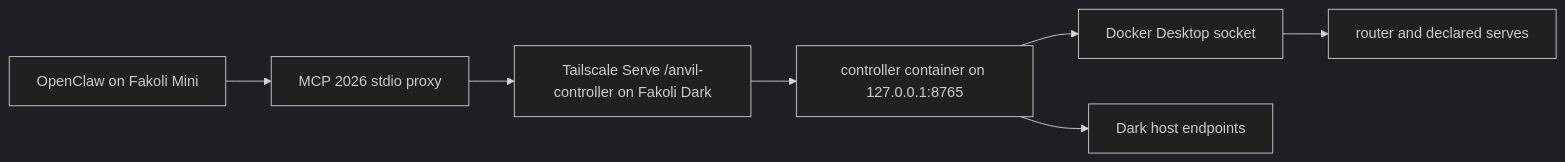
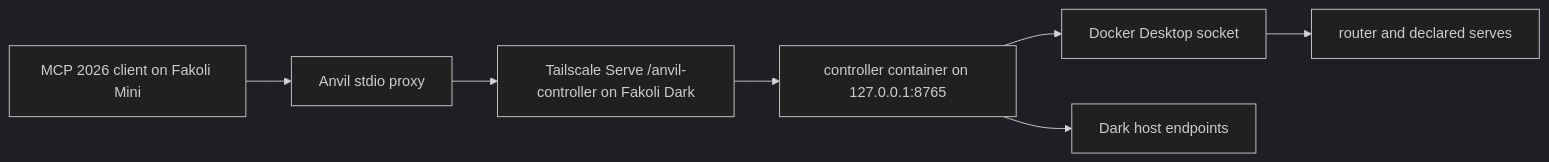
Before and after one commit to fakoli/anvil-serving: the second of 4 diagrams in docs/ARCHITECTURE.md, drawn with Mermaid (dark theme). The commit also changed other lines of this file and 4 other files, not shown here.

Commit message:
Document OpenClaw MCP 2026 activation gate

````diff
--- a/docs/ARCHITECTURE.md
+++ b/docs/ARCHITECTURE.md
@@ -59,9 +61,9 @@
 ```mermaid
 flowchart LR
-    O["OpenClaw on Fakoli Mini"] --> P["MCP 2026 stdio proxy"]
+    O["MCP 2026 client on Fakoli Mini"] --> P["Anvil stdio proxy"]
     P --> T["Tailscale Serve /anvil-controller on Fakoli Dark"]
     T --> C["controller container on 127.0.0.1:8765"]
     C --> D["Docker Desktop socket"]
     C --> H["Dark host endpoints"]
     D --> S["router and declared serves"]
 ```
````
